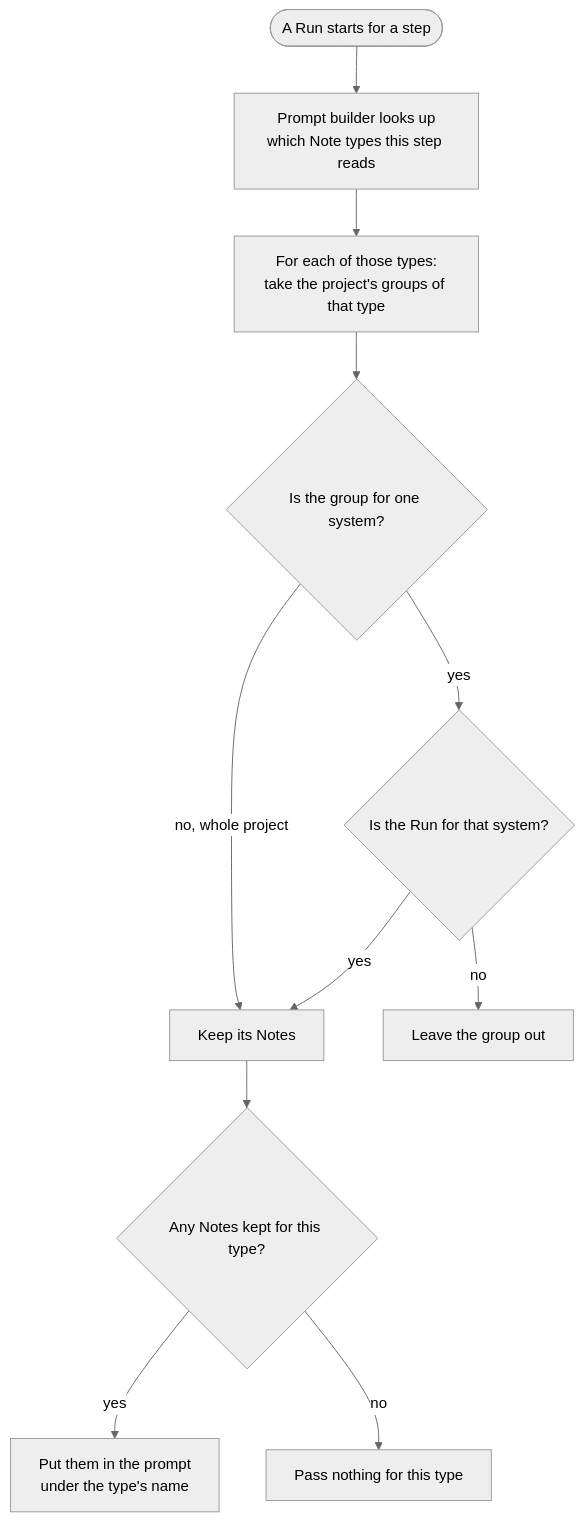
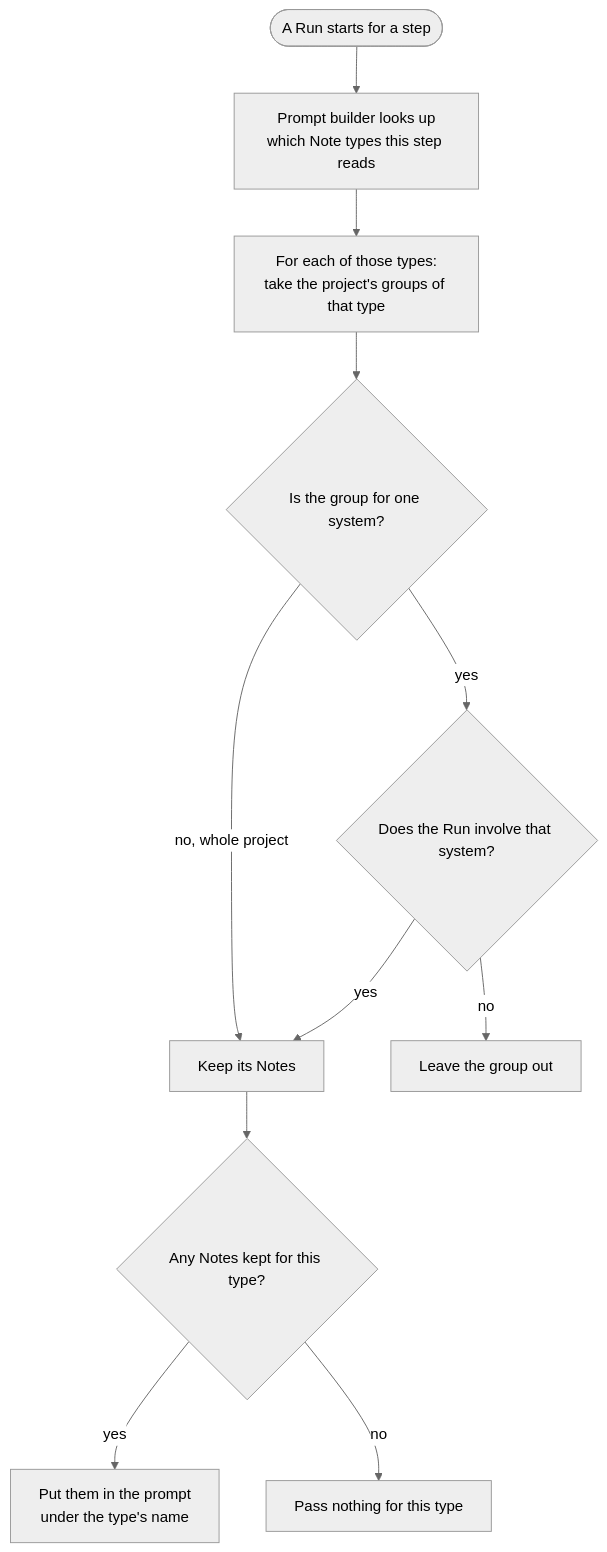
The diagram in design/shared/notes-and-prompt-builder.md (maazuddinmohammed/gds_workbench_v3), drawn with Mermaid (neutral theme) before and after one commit. The commit also changed other lines of this file and 43 other files, not shown here.

````diff
--- a/design/shared/notes-and-prompt-builder.md
+++ b/design/shared/notes-and-prompt-builder.md
@@ -16,13 +16,13 @@
 ```mermaid
 flowchart TD
     START(["A Run starts for a step"]) --> PICK["Prompt builder looks up<br/>which Note types this step reads"]
     PICK --> EACH["For each of those types:<br/>take the project's groups of that type"]
     EACH --> SYS{"Is the group for one system?"}
     SYS -- "no, whole project" --> KEEP["Keep its Notes"]
-    SYS -- yes --> MATCH{"Is the Run for that system?"}
+    SYS -- yes --> MATCH{"Does the Run involve that system?"}
     MATCH -- yes --> KEEP
     MATCH -- no --> SKIP["Leave the group out"]
     KEEP --> ANY{"Any Notes kept for this type?"}
     ANY -- yes --> PUT["Put them in the prompt<br/>under the type's name"]
     ANY -- no --> NONE["Pass nothing for this type"]
 ```
````
